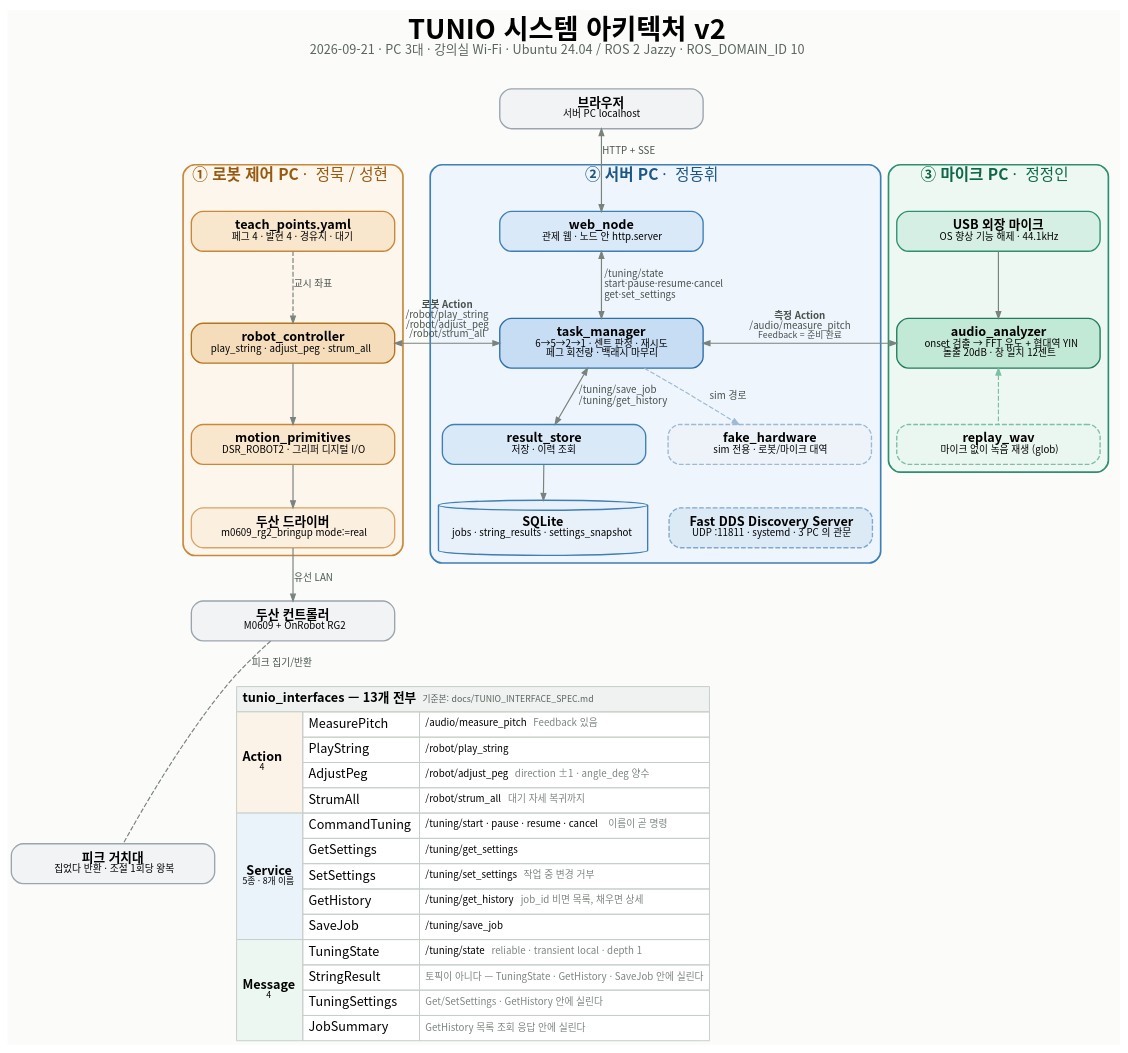
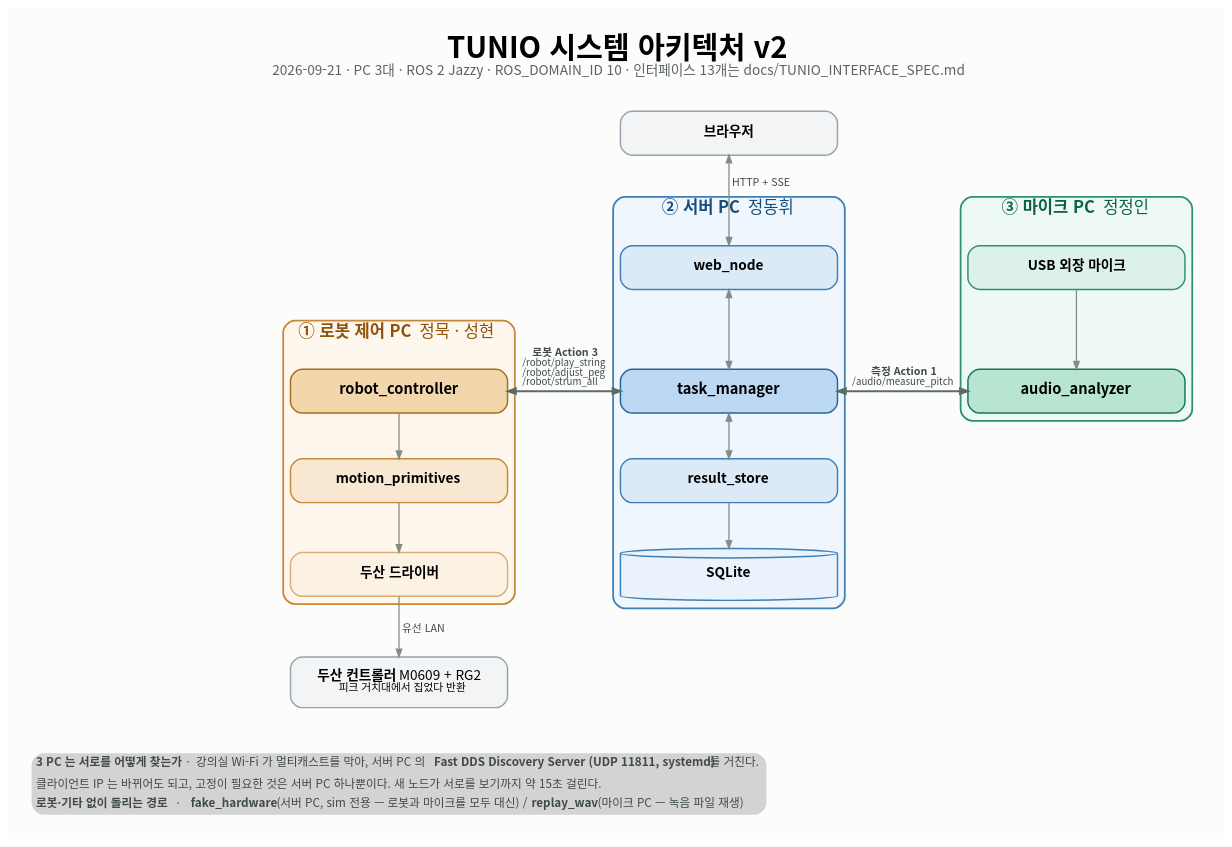
One commit to bingo888777/tunio_ws changed the diagram in docs/TUNIO_시스템아키텍처_v2.dot. Above: the diagram before and after it, drawn with Graphviz. The commit also changed 2 other files, not shown here.

Commit message:
docs: 아키텍처 v2 가독성 정리 — 구조만 남기고 표는 뺀다
노드마다 붙어 있던 설명과 인터페이스 13개 표가 그림을 가렸다. 아키텍처 그림은
'무엇이 어디에 있고 무엇으로 이어지는가'만 보여주는 것이 맞다.

  뺀 것  노드별 부연 설명, 인터페이스 13개 표(기준본은 INTERFACE_SPEC.md)
  남긴 것 노드 이름, 3 PC 경계, 담당자, Action 이름, 유선/무선 구분
  각주로  Discovery Server(왜 필요한지·IP 고정 범위·15초), sim 경로 두 가지

```diff
--- a/docs/TUNIO_시스템아키텍처_v2.dot
+++ b/docs/TUNIO_시스템아키텍처_v2.dot
@@ -1,87 +1,65 @@
 digraph TUNIO_ARCH {
-  graph [rankdir=TB, fontname="Noto Sans CJK KR", labelloc=t, fontsize=28,
-         label=<<B>TUNIO 시스템 아키텍처 v2</B><BR/><FONT POINT-SIZE="13" COLOR="#5A635E">2026-09-21 · PC 3대 · 강의실 Wi-Fi · Ubuntu 24.04 / ROS 2 Jazzy · ROS_DOMAIN_ID 10</FONT><BR/> >,
-         bgcolor="#FBFCFA", nodesep=0.30, ranksep=0.50, compound=true, newrank=true];
-  node  [shape=box, style="rounded,filled", fontname="Noto Sans CJK KR", fontsize=13,
-         margin="0.20,0.13", penwidth=1.4, width=2.9];
-  edge  [fontname="Noto Sans CJK KR", fontsize=10, color="#79837D", penwidth=1.2,
-         arrowsize=0.7, fontcolor="#47524D"];
+  graph [rankdir=TB, fontname="Noto Sans CJK KR", labelloc=t, fontsize=30, newrank=true,
+         label=<<B>TUNIO 시스템 아키텍처 v2</B><BR/><FONT POINT-SIZE="14" COLOR="#5A635E">2026-09-21 · PC 3대 · ROS 2 Jazzy · ROS_DOMAIN_ID 10 · 인터페이스 13개는 docs/TUNIO_INTERFACE_SPEC.md</FONT><BR/> >,
+         bgcolor="#FCFDFB", nodesep=0.42, ranksep=0.62, compound=true, pad=0.35];
+  node  [shape=box, style="rounded,filled", fontname="Noto Sans CJK KR", fontsize=14,
+         margin="0.26,0.16", penwidth=1.5, width=3.1, height=0.62];
+  edge  [fontname="Noto Sans CJK KR", fontsize=11, color="#828C86", penwidth=1.3,
+         arrowsize=0.8, fontcolor="#3F4A45"];
 
+  // ───────────────────────── ① 로봇 제어 PC
   subgraph cluster_robot {
-    label=<<B>① 로봇 제어 PC</B>  ·  정묵 / 성현<BR/> >;
-    fontsize=16; fontcolor="#96590F"; color="#C9873A"; style=rounded; penwidth=1.7; bgcolor="#FDF6EC";
-    teach [label=<<B>teach_points.yaml</B><BR/><FONT POINT-SIZE="10.5">페그 4 · 발현 4 · 경유지 · 대기</FONT>>, fillcolor="#F8E6CD", color="#C9873A"];
-    rc    [label=<<B>robot_controller</B><BR/><FONT POINT-SIZE="10.5">play_string · adjust_peg · strum_all</FONT>>, fillcolor="#F5DDBC", color="#B3761F"];
-    mp    [label=<<B>motion_primitives</B><BR/><FONT POINT-SIZE="10.5">DSR_ROBOT2 · 그리퍼 디지털 I/O</FONT>>, fillcolor="#F8E6CD", color="#C9873A"];
-    drv   [label=<<B>두산 드라이버</B><BR/><FONT POINT-SIZE="10.5">m0609_rg2_bringup mode:=real</FONT>>, fillcolor="#FBEFDF", color="#D9A566"];
-    teach -> rc [style=dashed, label=" 교시 좌표"];
+    label=<<B>① 로봇 제어 PC</B>   정묵 · 성현<BR/> >;
+    fontsize=17; fontcolor="#8E520B"; color="#C9873A"; style=rounded; penwidth=1.8; bgcolor="#FDF7EE";
+    rc  [label=<<B>robot_controller</B>>, fillcolor="#F2D6AC", color="#A86E1C", fontsize=15];
+    mp  [label=<<B>motion_primitives</B>>, fillcolor="#F9E8D1", color="#C9873A"];
+    drv [label=<<B>두산 드라이버</B>>, fillcolor="#FCF2E4", color="#DCAC70"];
     rc -> mp -> drv;
   }
 
+  // ───────────────────────── ② 서버 PC
   subgraph cluster_server {
-    label=<<B>② 서버 PC</B>  ·  정동휘<BR/> >;
-    fontsize=16; fontcolor="#1C5686"; color="#3E7FB8"; style=rounded; penwidth=1.7; bgcolor="#EEF5FC";
-    web [label=<<B>web_node</B><BR/><FONT POINT-SIZE="10.5">관제 웹 · 노드 안 http.server</FONT>>, fillcolor="#D9E9F8", color="#3E7FB8"];
-    tm  [label=<<B>task_manager</B><BR/><FONT POINT-SIZE="10.5">6→5→2→1 · 센트 판정 · 재시도<BR/>페그 회전량 · 백래시 마무리</FONT>>, fillcolor="#C6DDF4", color="#2C6FA8"];
-    rs  [label=<<B>result_store</B><BR/><FONT POINT-SIZE="10.5">저장 · 이력 조회</FONT>>, fillcolor="#D9E9F8", color="#3E7FB8"];
-    db  [label=<<B>SQLite</B><BR/><FONT POINT-SIZE="10.5">jobs · string_results · settings_snapshot</FONT>>, shape=cylinder, style=filled, fillcolor="#E8F1FA", color="#3E7FB8"];
-    ds  [label=<<B>Fast DDS Discovery Server</B><BR/><FONT POINT-SIZE="10.5">UDP :11811 · systemd · 3 PC 의 관문</FONT>>, fillcolor="#DCEAF6", color="#7FA9CE", style="rounded,filled,dashed"];
-    fh  [label=<<B>fake_hardware</B><BR/><FONT POINT-SIZE="10.5">sim 전용 · 로봇/마이크 대역</FONT>>, fillcolor="#EDF3F9", color="#9DBAD4", style="rounded,filled,dashed"];
-    web -> tm [dir=both, label=<  /tuning/state<BR ALIGN="LEFT"/>  start·pause·resume·cancel<BR ALIGN="LEFT"/>  get·set_settings<BR ALIGN="LEFT"/>>];
-    tm -> rs [dir=both, label=<  /tuning/save_job<BR ALIGN="LEFT"/>  /tuning/get_history<BR ALIGN="LEFT"/>>];
+    label=<<B>② 서버 PC</B>   정동휘<BR/> >;
+    fontsize=17; fontcolor="#174F7C"; color="#3E7FB8"; style=rounded; penwidth=1.8; bgcolor="#EFF6FD";
+    web [label=<<B>web_node</B>>, fillcolor="#DCEAF8", color="#3E7FB8"];
+    tm  [label=<<B>task_manager</B>>, fillcolor="#BCD8F2", color="#20669F", fontsize=15];
+    rs  [label=<<B>result_store</B>>, fillcolor="#DCEAF8", color="#3E7FB8"];
+    db  [label=<<B>SQLite</B>>, shape=cylinder, style=filled, fillcolor="#EAF2FB", color="#3E7FB8", height=0.7];
+    web -> tm [dir=both];
+    tm -> rs [dir=both];
     rs -> db;
-    tm -> fh [style=dashed, color="#9DBAD4", label=" sim 경로"];
-    fh -> ds [style=invis];
   }
 
+  // ───────────────────────── ③ 마이크 PC
   subgraph cluster_mic {
-    label=<<B>③ 마이크 PC</B>  ·  정정인<BR/> >;
-    fontsize=16; fontcolor="#0F6749"; color="#2E9070"; style=rounded; penwidth=1.7; bgcolor="#EDF8F3";
-    usb [label=<<B>USB 외장 마이크</B><BR/><FONT POINT-SIZE="10.5">OS 향상 기능 해제 · 44.1kHz</FONT>>, fillcolor="#D6EFE4", color="#2E9070"];
-    aa  [label=<<B>audio_analyzer</B><BR/><FONT POINT-SIZE="10.5">onset 검출 → FFT 유도 + 협대역 YIN<BR/>돌출 20dB · 창 일치 12센트</FONT>>, fillcolor="#C2E8D6", color="#1F7D5E"];
-    rw  [label=<<B>replay_wav</B><BR/><FONT POINT-SIZE="10.5">마이크 없이 녹음 재생 (glob)</FONT>>, fillcolor="#EAF6F0", color="#7CC0A4", style="rounded,filled,dashed"];
+    label=<<B>③ 마이크 PC</B>   정정인<BR/> >;
+    fontsize=17; fontcolor="#0C6245"; color="#2E9070"; style=rounded; penwidth=1.8; bgcolor="#EEF9F4";
+    usb [label=<<B>USB 외장 마이크</B>>, fillcolor="#DCF1E7", color="#2E9070"];
+    aa  [label=<<B>audio_analyzer</B>>, fillcolor="#B8E5D2", color="#17755A", fontsize=15];
     usb -> aa;
-    aa -> rw [style=dashed, color="#7CC0A4", dir=back];
   }
 
-  ctrl [label=<<B>두산 컨트롤러</B><BR/><FONT POINT-SIZE="10.5">M0609 + OnRobot RG2</FONT>>, fillcolor="#F1F3F5", color="#9AA5AE"];
-  pick [label=<<B>피크 거치대</B><BR/><FONT POINT-SIZE="10.5">집었다 반환 · 조절 1회당 왕복</FONT>>, fillcolor="#F1F3F5", color="#9AA5AE"];
-  brow [label=<<B>브라우저</B><BR/><FONT POINT-SIZE="10.5">서버 PC localhost</FONT>>, fillcolor="#F1F3F5", color="#9AA5AE"];
+  // ───────────────────────── 바깥
+  brow [label=<<B>브라우저</B>>, fillcolor="#F2F4F5", color="#98A3AB"];
+  hw   [label=<<B>두산 컨트롤러</B>  M0609 + RG2<BR/><FONT POINT-SIZE="11">피크 거치대에서 집었다 반환</FONT>>,
+        fillcolor="#F2F4F5", color="#98A3AB", height=0.72];
 
-  drv  -> ctrl [label=" 유선 LAN"];
-  ctrl -> pick [style=dashed, arrowhead=none, label=" 피크 집기/반환"];
-  brow -> web [dir=both, label=" HTTP + SSE"];
+  brow -> web [dir=both, label=<  HTTP + SSE >];
+  drv  -> hw  [label=<  유선 LAN >];
 
-  rc -> tm [dir=both, constraint=false, label=<<B>로봇 Action</B><BR/>/robot/play_string<BR/>/robot/adjust_peg<BR/>/robot/strum_all>];
-  tm -> aa [dir=both, constraint=false, label=<<B>측정 Action</B><BR/>/audio/measure_pitch<BR/><FONT POINT-SIZE="9.5">Feedback = 준비 완료</FONT>>];
+  // ───────────────────────── 3 PC 사이 (이 그림의 핵심)
+  rc -> tm [dir=both, constraint=false, penwidth=2.1, color="#5E6B64",
+            label=<<B>로봇 Action 3</B><BR ALIGN="CENTER"/><FONT POINT-SIZE="10.5">/robot/play_string<BR ALIGN="LEFT"/>/robot/adjust_peg<BR ALIGN="LEFT"/>/robot/strum_all<BR ALIGN="LEFT"/></FONT>>];
+  tm -> aa [dir=both, constraint=false, penwidth=2.1, color="#5E6B64",
+            label=<<B>측정 Action 1</B><BR ALIGN="CENTER"/><FONT POINT-SIZE="10.5">/audio/measure_pitch<BR ALIGN="LEFT"/></FONT>>];
 
+  note [shape=plaintext, margin=0, label=<
+    <TABLE BORDER="0" CELLBORDER="0" CELLSPACING="0" CELLPADDING="4">
+      <TR><TD ALIGN="LEFT"><FONT POINT-SIZE="12" COLOR="#3F4A45"><B>3 PC 는 서로를 어떻게 찾는가</B>  ·  강의실 Wi-Fi 가 멀티캐스트를 막아, 서버 PC 의 <B>Fast DDS Discovery Server (UDP 11811, systemd)</B> 를 거친다.</FONT></TD></TR>
+      <TR><TD ALIGN="LEFT"><FONT POINT-SIZE="12" COLOR="#3F4A45">클라이언트 IP 는 바뀌어도 되고, 고정이 필요한 것은 서버 PC 하나뿐이다. 새 노드가 서로를 보기까지 약 15초 걸린다.</FONT></TD></TR>
+      <TR><TD ALIGN="LEFT"><FONT POINT-SIZE="12" COLOR="#3F4A45"><B>로봇·기타 없이 돌리는 경로</B>  ·  <B>fake_hardware</B> (서버 PC, sim 전용 — 로봇과 마이크를 모두 대신) / <B>replay_wav</B> (마이크 PC — 녹음 파일 재생)</FONT></TD></TR>
+    </TABLE>>];
+  hw -> note [style=invis];
 
-  iface [shape=plaintext, margin=0, label=<
-  <TABLE BORDER="0" CELLBORDER="1" CELLSPACING="0" CELLPADDING="5" BGCOLOR="#FFFFFF" COLOR="#C6CEC9">
-    <TR><TD COLSPAN="3" BGCOLOR="#EFF2F0" ALIGN="LEFT"><B>tunio_interfaces — 13개 전부</B>  <FONT POINT-SIZE="9.5" COLOR="#5A635E">기준본: docs/TUNIO_INTERFACE_SPEC.md</FONT></TD></TR>
-
-    <TR><TD ROWSPAN="4" BGCOLOR="#FBF3E8" ALIGN="LEFT"><B>Action</B><BR/><FONT POINT-SIZE="9">4</FONT></TD>
-        <TD ALIGN="LEFT">MeasurePitch</TD><TD ALIGN="LEFT"><FONT POINT-SIZE="10">/audio/measure_pitch   <FONT COLOR="#7C857F">Feedback 있음</FONT></FONT></TD></TR>
-    <TR><TD ALIGN="LEFT">PlayString</TD><TD ALIGN="LEFT"><FONT POINT-SIZE="10">/robot/play_string</FONT></TD></TR>
-    <TR><TD ALIGN="LEFT">AdjustPeg</TD><TD ALIGN="LEFT"><FONT POINT-SIZE="10">/robot/adjust_peg   <FONT COLOR="#7C857F">direction ±1 · angle_deg 양수</FONT></FONT></TD></TR>
-    <TR><TD ALIGN="LEFT">StrumAll</TD><TD ALIGN="LEFT"><FONT POINT-SIZE="10">/robot/strum_all   <FONT COLOR="#7C857F">대기 자세 복귀까지</FONT></FONT></TD></TR>
-
-    <TR><TD ROWSPAN="5" BGCOLOR="#EAF2FA" ALIGN="LEFT"><B>Service</B><BR/><FONT POINT-SIZE="9">5종 · 8개 이름</FONT></TD>
-        <TD ALIGN="LEFT">CommandTuning</TD><TD ALIGN="LEFT"><FONT POINT-SIZE="10">/tuning/start · pause · resume · cancel   <FONT COLOR="#7C857F">이름이 곧 명령</FONT></FONT></TD></TR>
-    <TR><TD ALIGN="LEFT">GetSettings</TD><TD ALIGN="LEFT"><FONT POINT-SIZE="10">/tuning/get_settings</FONT></TD></TR>
-    <TR><TD ALIGN="LEFT">SetSettings</TD><TD ALIGN="LEFT"><FONT POINT-SIZE="10">/tuning/set_settings   <FONT COLOR="#7C857F">작업 중 변경 거부</FONT></FONT></TD></TR>
-    <TR><TD ALIGN="LEFT">GetHistory</TD><TD ALIGN="LEFT"><FONT POINT-SIZE="10">/tuning/get_history   <FONT COLOR="#7C857F">job_id 비면 목록, 채우면 상세</FONT></FONT></TD></TR>
-    <TR><TD ALIGN="LEFT">SaveJob</TD><TD ALIGN="LEFT"><FONT POINT-SIZE="10">/tuning/save_job</FONT></TD></TR>
-
-    <TR><TD ROWSPAN="4" BGCOLOR="#EDF7F2" ALIGN="LEFT"><B>Message</B><BR/><FONT POINT-SIZE="9">4</FONT></TD>
-        <TD ALIGN="LEFT">TuningState</TD><TD ALIGN="LEFT"><FONT POINT-SIZE="10">/tuning/state   <FONT COLOR="#7C857F">reliable · transient local · depth 1</FONT></FONT></TD></TR>
-    <TR><TD ALIGN="LEFT">StringResult</TD><TD ALIGN="LEFT"><FONT POINT-SIZE="10"><FONT COLOR="#7C857F">토픽이 아니다 — TuningState · GetHistory · SaveJob 안에 실린다</FONT></FONT></TD></TR>
-    <TR><TD ALIGN="LEFT">TuningSettings</TD><TD ALIGN="LEFT"><FONT POINT-SIZE="10"><FONT COLOR="#7C857F">Get/SetSettings · GetHistory 안에 실린다</FONT></FONT></TD></TR>
-    <TR><TD ALIGN="LEFT">JobSummary</TD><TD ALIGN="LEFT"><FONT POINT-SIZE="10"><FONT COLOR="#7C857F">GetHistory 목록 조회 응답 안에 실린다</FONT></FONT></TD></TR>
-  </TABLE>>];
-
-  ctrl -> iface [style=invis];
-
-  { rank=same; teach; web; usb; }
   { rank=same; rc; tm; aa; }
 }
```
